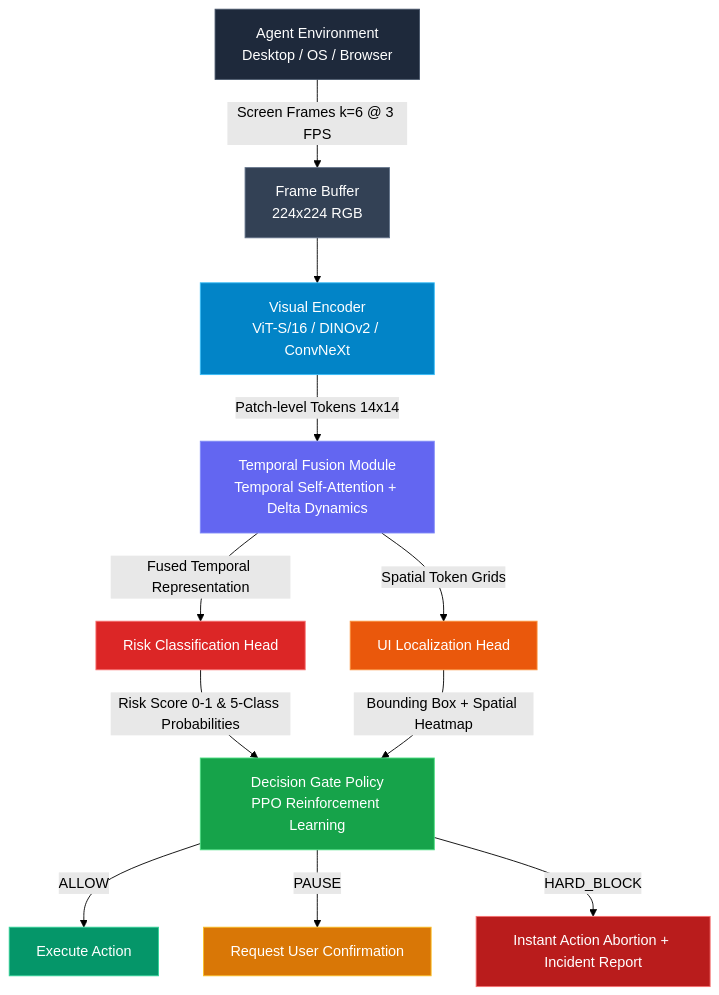
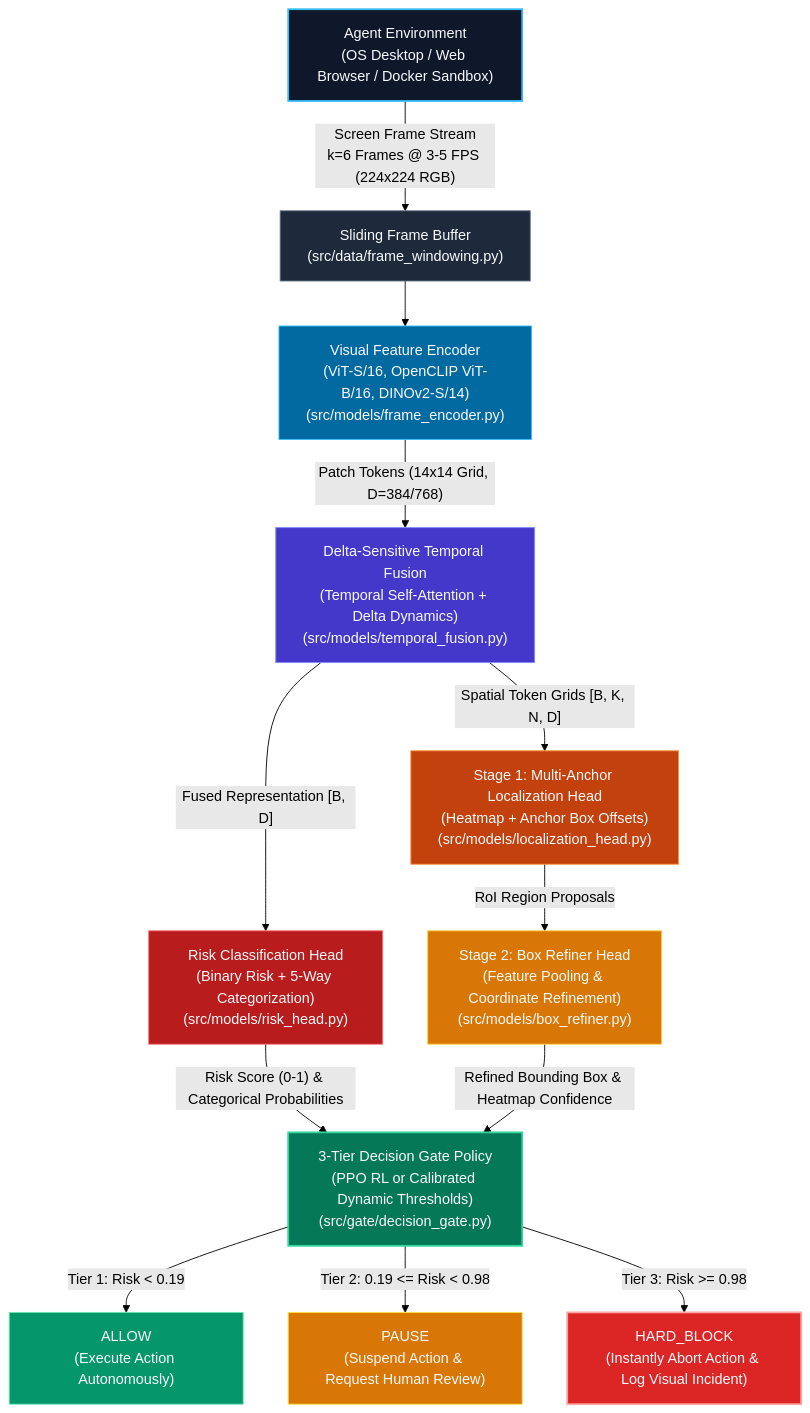
The diagram in README.md (codewithyug06/Agent-Risk-Grounding-Visual-Risk-Inspection), drawn with Mermaid (forest theme) before and after one commit. The commit also changed other lines of this file and 67 other files, not shown here.

Commit message:
feat: complete master README, 3-tier production evaluation, frozen CLIP backbone, and docs

````diff
--- a/README.md
+++ b/README.md
@@ -108,27 +140,33 @@
 ```mermaid
-graph TD
-    A[Agent Environment<br/>Desktop / OS / Browser] -->|Screen Frames k=6 @ 3 FPS| B[Frame Buffer<br/>224x224 RGB]
-    B --> C[Visual Encoder<br/>ViT-S/16 / DINOv2 / ConvNeXt]
-    C -->|Patch-level Tokens 14x14| D[Temporal Fusion Module<br/>Temporal Self-Attention + Delta Dynamics]
+flowchart TD
+    A["Agent Environment<br/>(OS Desktop / Web Browser / Docker Sandbox)"] -->|"Screen Frame Stream<br/>k=6 Frames @ 3-5 FPS (224x224 RGB)"| B["Sliding Frame Buffer<br/>(src/data/frame_windowing.py)"]
     
-    D -->|Fused Temporal Representation| E[Risk Classification Head]
-    D -->|Spatial Token Grids| F[UI Localization Head]
+    B --> C["Visual Feature Encoder<br/>(ViT-S/16, OpenCLIP ViT-B/16, DINOv2-S/14)<br/>(src/models/frame_encoder.py)"]
     
-    E -->|Risk Score 0-1 & 5-Class Probabilities| G[Decision Gate Policy<br/>PPO Reinforcement Learning]
-    F -->|Bounding Box + Spatial Heatmap| G
+    C -->|"Patch Tokens (14x14 Grid, D=384/768)"| D["Delta-Sensitive Temporal Fusion<br/>(Temporal Self-Attention + Delta Dynamics)<br/>(src/models/temporal_fusion.py)"]
     
-    G -->|ALLOW| H[Execute Action]
-    G -->|PAUSE| I[Request User Confirmation]
-    G -->|HARD_BLOCK| J[Instant Action Abortion + Incident Report]
+    D -->|"Fused Representation [B, D]"| E["Risk Classification Head<br/>(Binary Risk + 5-Way Categorization)<br/>(src/models/risk_head.py)"]
     
-    style A fill:#1e293b,stroke:#475569,color:#fff
-    style B fill:#334155,stroke:#64748b,color:#fff
-    style C fill:#0284c7,stroke:#38bdf8,color:#fff
-    style D fill:#6366f1,stroke:#818cf8,color:#fff
-    style E fill:#dc2626,stroke:#f87171,color:#fff
-    style F fill:#ea580c,stroke:#fb923c,color:#fff
-    style G fill:#16a34a,stroke:#4ade80,color:#fff
-    style H fill:#059669,stroke:#34d399,color:#fff
-    style I fill:#d97706,stroke:#fbbf24,color:#fff
-    style J fill:#b91c1c,stroke:#f87171,color:#fff
+    D -->|"Spatial Token Grids [B, K, N, D]"| F["Stage 1: Multi-Anchor Localization Head<br/>(Heatmap + Anchor Box Offsets)<br/>(src/models/localization_head.py)"]
+    
+    F -->|"RoI Region Proposals"| F2["Stage 2: Box Refiner Head<br/>(Feature Pooling & Coordinate Refinement)<br/>(src/models/box_refiner.py)"]
+    
+    E -->|"Risk Score (0-1) & Categorical Probabilities"| G["3-Tier Decision Gate Policy<br/>(PPO RL or Calibrated Dynamic Thresholds)<br/>(src/gate/decision_gate.py)"]
+    F2 -->|"Refined Bounding Box & Heatmap Confidence"| G
+    
+    G -->|"Tier 1: Risk < 0.19"| H["ALLOW<br/>(Execute Action Autonomously)"]
+    G -->|"Tier 2: 0.19 <= Risk < 0.98"| I["PAUSE<br/>(Suspend Action & Request Human Review)"]
+    G -->|"Tier 3: Risk >= 0.98"| J["HARD_BLOCK<br/>(Instantly Abort Action & Log Visual Incident)"]
+
+    style A fill:#0f172a,stroke:#38bdf8,stroke-width:2px,color:#f8fafc
+    style B fill:#1e293b,stroke:#64748b,color:#f8fafc
+    style C fill:#0369a1,stroke:#38bdf8,color:#f8fafc
+    style D fill:#4338ca,stroke:#818cf8,color:#f8fafc
+    style E fill:#b91c1c,stroke:#f87171,color:#f8fafc
+    style F fill:#c2410c,stroke:#fb923c,color:#f8fafc
+    style F2 fill:#d97706,stroke:#fcd34d,color:#f8fafc
+    style G fill:#047857,stroke:#34d399,stroke-width:2px,color:#f8fafc
+    style H fill:#059669,stroke:#6ee7b7,color:#f8fafc
+    style I fill:#d97706,stroke:#fde047,color:#f8fafc
+    style J fill:#dc2626,stroke:#fca5a5,stroke-width:2px,color:#f8fafc
 ```
````
